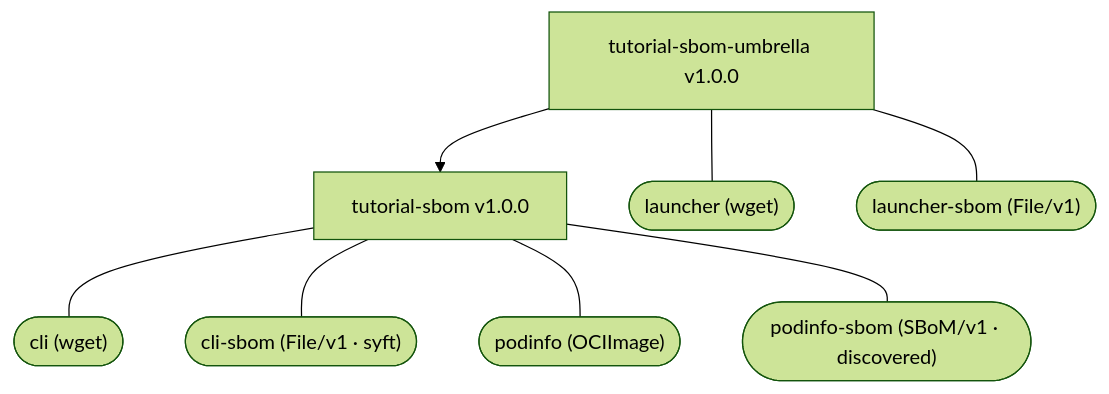
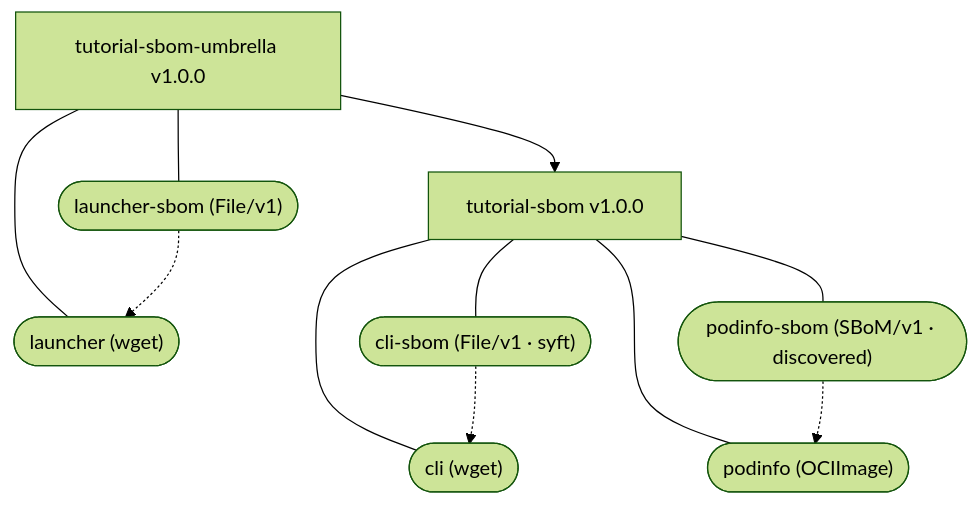
One commit to open-component-model/open-component-model changed the diagram in website/content/docs/tutorials/sbom-workflow.md. Above: the diagram before and after it, drawn with Mermaid (forest theme). The commit also changed other lines of this file, not shown here.

````diff
--- a/website/content/docs/tutorials/sbom-workflow.md
+++ b/website/content/docs/tutorials/sbom-workflow.md
@@ -37,10 +37,13 @@
 ```mermaid
 flowchart TD
     U["tutorial-sbom-umbrella v1.0.0"] --> L["tutorial-sbom v1.0.0"]
     U --- Ua(["launcher (wget)"])
     U --- Ub(["launcher-sbom (File/v1)"])
     L --- La(["cli (wget)"])
     L --- Lb(["cli-sbom (File/v1 · syft)"])
     L --- Lc(["podinfo (OCIImage)"])
     L --- Ld(["podinfo-sbom (SBoM/v1 · discovered)"])
+    Ub -.-> Ua
+    Lb -.-> La
+    Ld -.-> Lc
 ```
````
